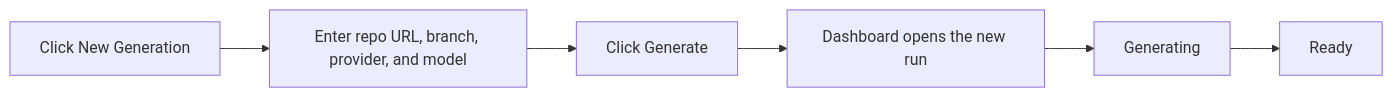
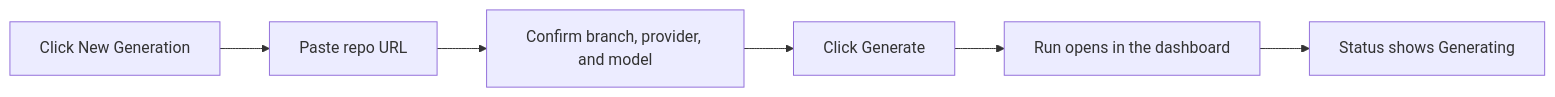
The diagram in docs/generate-documentation.md (myk-org/docsfy), drawn with Mermaid before and after one commit. The commit also changed other lines of this file and 42 other files, not shown here.

````diff
--- a/docs/generate-documentation.md
+++ b/docs/generate-documentation.md
@@ -51,8 +65,8 @@
 ```mermaid
 flowchart LR
-  A[Click New Generation] --> B[Enter repo URL, branch, provider, and model]
-  B --> C[Click Generate]
-  C --> D[Dashboard opens the new run]
-  D --> E[Generating]
-  E --> F[Ready]
+  A[Click New Generation] --> B[Paste repo URL]
+  B --> C[Confirm branch, provider, and model]
+  C --> D[Click Generate]
+  D --> E[Run opens in the dashboard]
+  E --> F[Status shows Generating]
 ```
````
